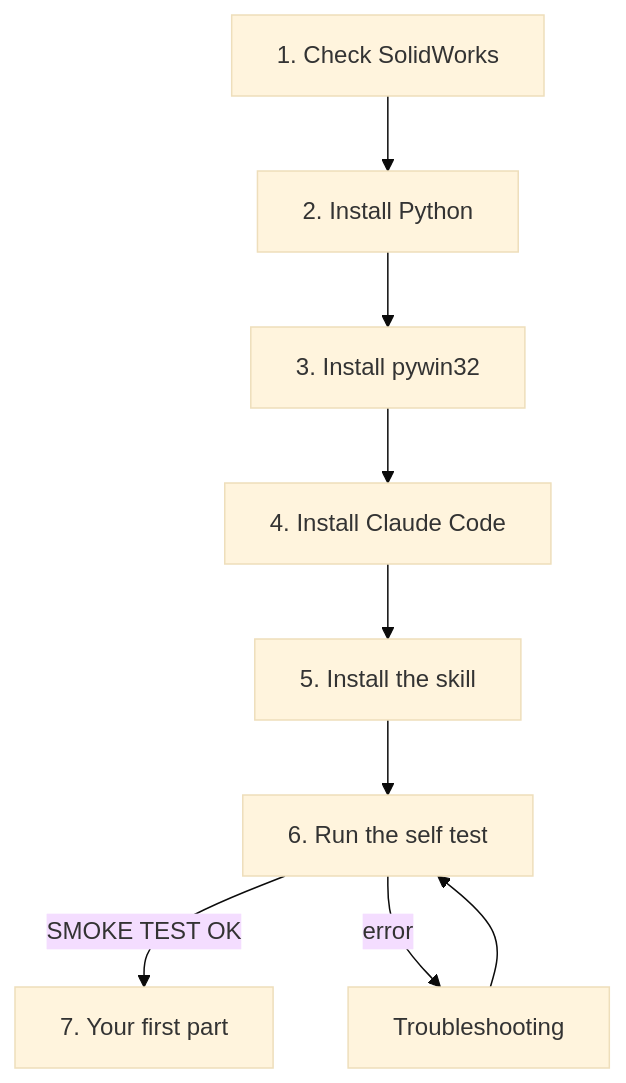
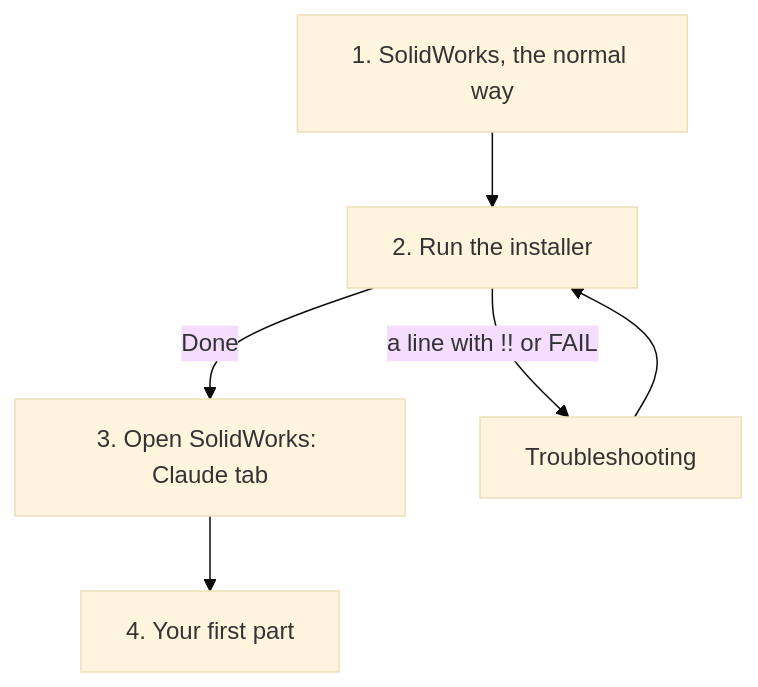
One commit to YanirBarHazan/Claude-solidworks-pro changed the first of 2 diagrams in docs/getting-started.md. Above: the diagram before and after it, drawn with Mermaid (base theme). The commit also changed other lines of this file and 19 other files, not shown here.

First line of the commit message:
v2.3: one-line install, the Claude tab opens by itself, start questions every session

````diff
--- a/docs/getting-started.md
+++ b/docs/getting-started.md
@@ -5,11 +5,8 @@
 ```mermaid
 flowchart TD
-    A[1. Check SolidWorks] --> B[2. Install Python]
-    B --> C[3. Install pywin32]
-    C --> D[4. Install Claude Code]
-    D --> E[5. Install the skill]
-    E --> F[6. Run the self test]
-    F -->|SMOKE TEST OK| G[7. Your first part]
-    F -->|error| T[Troubleshooting]
-    T --> F
+    A[1. SolidWorks, the normal way] --> B[2. Run the installer]
+    B -->|Done| C[3. Open SolidWorks: Claude tab]
+    C --> D[4. Your first part]
+    B -->|a line with !! or FAIL| T[Troubleshooting]
+    T --> B
 ```
````
